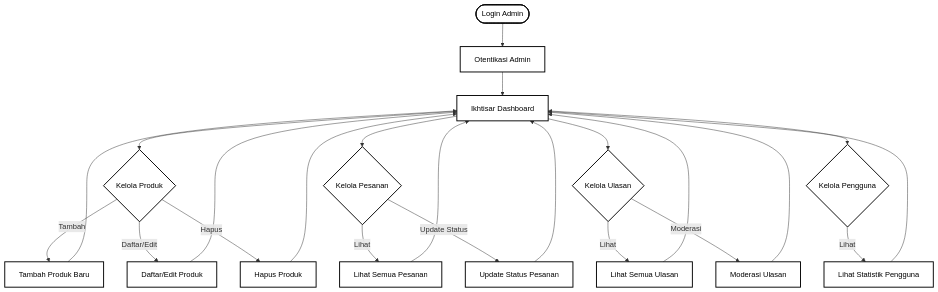
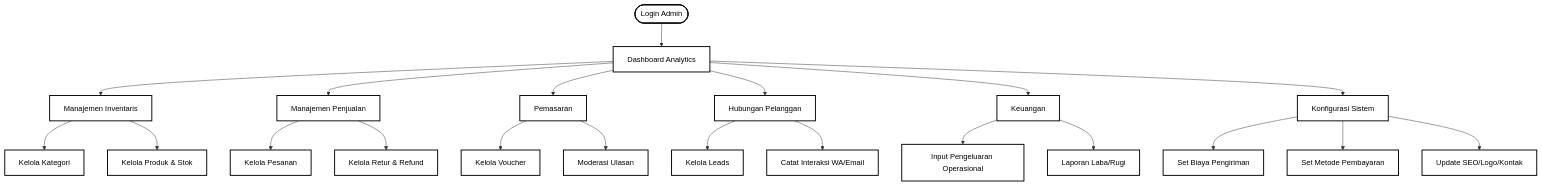
The fifth of 8 diagrams in flowchart.md (Grinti123/gerai-ayra-fullstack), drawn with Mermaid before and after one commit. The commit also changed other lines of this file and 229 other files, not shown here.

Commit message:
feat: Implement comprehensive admin panel features including finance, stock, returns, and user management, alongside new backend modules for analytics, expenses, categories, and wishlists.

````diff
--- a/flowchart.md
+++ b/flowchart.md
@@ -157,34 +171,32 @@
 ```mermaid
 flowchart TD
-    AdminStart([Login Admin]) --> AdminAuth[Otentikasi Admin]
-    AdminAuth --> Dashboard[Ikhtisar Dashboard]
-
-    Dashboard --> ManageProducts{Kelola Produk}
-    ManageProducts -->|Tambah| AddProduct[Tambah Produk Baru]
-    ManageProducts -->|Daftar/Edit| ListProducts[Daftar/Edit Produk]
-    ManageProducts -->|Hapus| DeleteProduct[Hapus Produk]
-
-    Dashboard --> ManageOrders{Kelola Pesanan}
-    ManageOrders -->|Lihat| ViewOrders[Lihat Semua Pesanan]
-    ManageOrders -->|Update Status| UpdateOrderStatus[Update Status Pesanan]
-
-    Dashboard --> ManageReviews{Kelola Ulasan}
-    ManageReviews -->|Lihat| ViewReviews[Lihat Semua Ulasan]
-    ManageReviews -->|Moderasi| ModerateReview[Moderasi Ulasan]
-
-    Dashboard --> ManageUsers{Kelola Pengguna}
-    ManageUsers -->|Lihat| ViewUsers[Lihat Statistik Pengguna]
-
-    AddProduct --> Dashboard
-    ListProducts --> Dashboard
-    DeleteProduct --> Dashboard
-    ViewOrders --> Dashboard
-    UpdateOrderStatus --> Dashboard
-    ViewReviews --> Dashboard
-    ModerateReview --> Dashboard
-    ViewUsers --> Dashboard
+    AdminStart([Login Admin]) --> Dashboard[Dashboard Analytics]
+    
+    Dashboard --> Inv[Manajemen Inventaris]
+    Inv --> Category[Kelola Kategori]
+    Inv --> Products[Kelola Produk & Stok]
+    
+    Dashboard --> Sales[Manajemen Penjualan]
+    Sales --> Orders[Kelola Pesanan]
+    Sales --> Returns[Kelola Retur & Refund]
+    
+    Dashboard --> Promo[Pemasaran]
+    Promo --> Vouchers[Kelola Voucher]
+    Promo --> Reviews[Moderasi Ulasan]
+    
+    Dashboard --> CRM[Hubungan Pelanggan]
+    CRM --> Leads[Kelola Leads]
+    CRM --> Interactions[Catat Interaksi WA/Email]
+    
+    Dashboard --> Finance[Keuangan]
+    Finance --> Expenses[Input Pengeluaran Operasional]
+    Finance --> Reports[Laporan Laba/Rugi]
+    
+    Dashboard --> Config[Konfigurasi Sistem]
+    Config --> Shipping[Set Biaya Pengiriman]
+    Config --> Payments[Set Metode Pembayaran]
+    Config --> Settings[Update SEO/Logo/Kontak]
 
     classDef default fill:#ffffff,stroke:#000000,stroke-width:2px,color:#000000
-
-    class AdminStart,AdminAuth,Dashboard,ManageProducts,AddProduct,ListProducts,DeleteProduct,ManageOrders,ViewOrders,UpdateOrderStatus,ManageReviews,ViewReviews,ModerateReview,ManageUsers,ViewUsers default
+    class AdminStart,Dashboard,Inv,Category,Products,Sales,Orders,Returns,Promo,Vouchers,Reviews,CRM,Leads,Interactions,Finance,Expenses,Reports,Config,Shipping,Payments,Settings default
 ```
````
